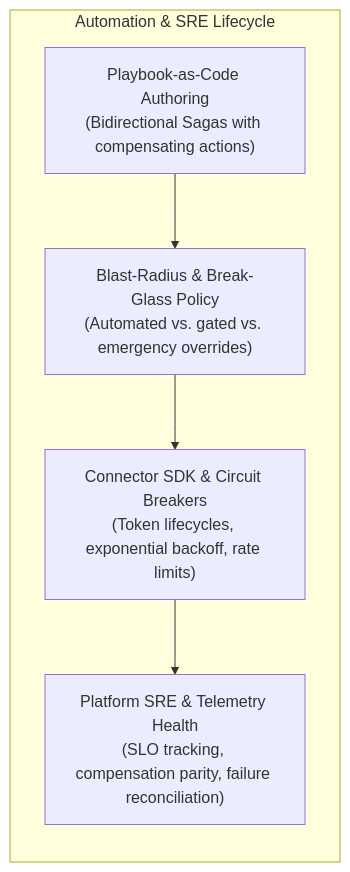
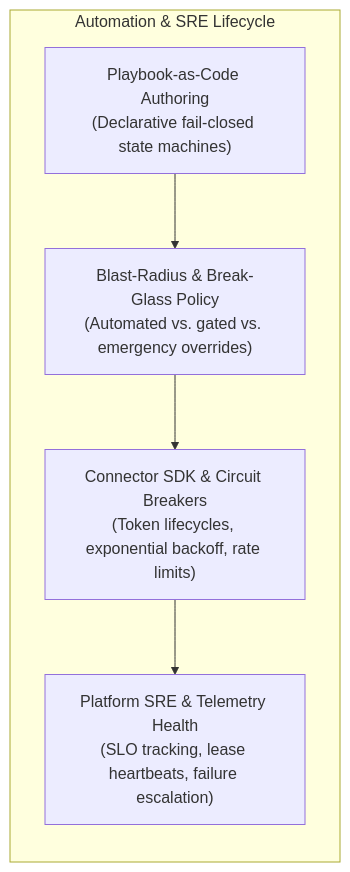
The fifth of 7 diagrams in docs/architecture/05-cross-cutting-engineering-disciplines.md (Haribu/TIDIR), drawn with Mermaid before and after one commit. The commit also changed other lines of this file and 3 other files, not shown here.

Commit message:
refactor(diagrams): align all diagrams and core prose to Monotonic Fail-Closed Containment

````diff
--- a/docs/architecture/05-cross-cutting-engineering-disciplines.md
+++ b/docs/architecture/05-cross-cutting-engineering-disciplines.md
@@ -146,13 +146,13 @@
 ```mermaid
 flowchart LR
   subgraph AE_Workflow ["Automation & SRE Lifecycle"]
-    PLAYBOOK["Playbook-as-Code Authoring\n(Bidirectional Sagas with compensating actions)"]
+    PLAYBOOK["Playbook-as-Code Authoring\n(Declarative fail-closed state machines)"]
     BLAST_GATE["Blast-Radius & Break-Glass Policy\n(Automated vs. gated vs. emergency overrides)"]
     CONNECTOR["Connector SDK & Circuit Breakers\n(Token lifecycles, exponential backoff, rate limits)"]
-    PLATFORM_SRE["Platform SRE & Telemetry Health\n(SLO tracking, compensation parity, failure reconciliation)"]
+    PLATFORM_SRE["Platform SRE & Telemetry Health\n(SLO tracking, lease heartbeats, failure escalation)"]
   end
 
   PLAYBOOK --> BLAST_GATE
   BLAST_GATE --> CONNECTOR
   CONNECTOR --> PLATFORM_SRE
 ```
````
